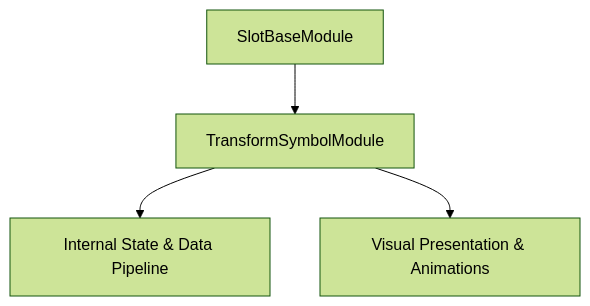
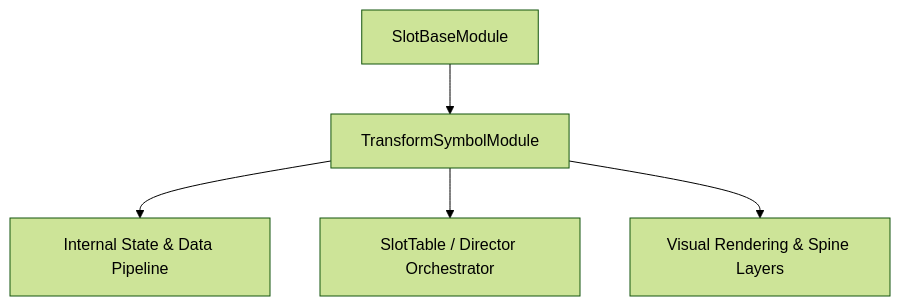
One commit to lam-ark/mcp-fwcc changed the diagram in docs/cc_slot_mechanics/modules/TransformSymbolModule/01_overview/01_architecture_and_role.md. Above: the diagram before and after it, drawn with Mermaid (forest theme). The commit also changed other lines of this file and 2509 other files, not shown here.

````diff
--- a/docs/cc_slot_mechanics/modules/TransformSymbolModule/01_overview/01_architecture_and_role.md
+++ b/docs/cc_slot_mechanics/modules/TransformSymbolModule/01_overview/01_architecture_and_role.md
@@ -18,6 +24,7 @@
 ```mermaid
 graph TD
-    Parent[SlotBaseModule] --> Mod[TransformSymbolModule]
-    Mod --> State[Internal State & Data Pipeline]
-    Mod --> Render[Visual Presentation & Animations]
+    SuperClass[SlotBaseModule] --> TargetClass[TransformSymbolModule]
+    TargetClass --> DataPipeline[Internal State & Data Pipeline]
+    TargetClass --> Orchestrator[SlotTable / Director Orchestrator]
+    TargetClass --> ViewLayer[Visual Rendering & Spine Layers]
 ```
````
